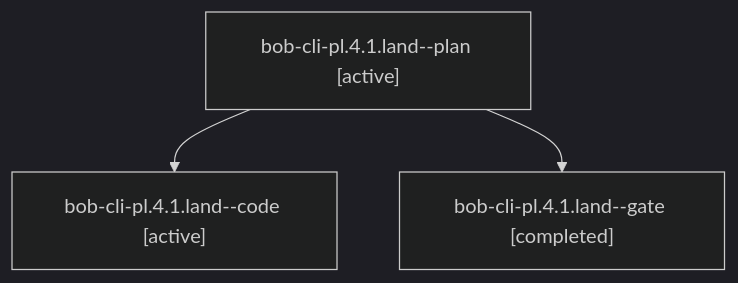
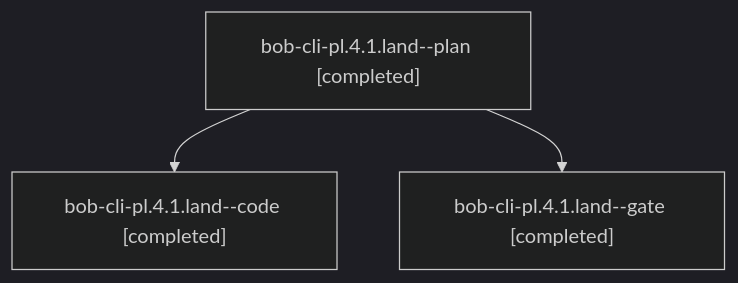
One commit to bobs-org/bob-cli--agents changed the diagram in sessions/bbugyi200.apollo.bob-cli-pl.4.1.land.md. Above: the diagram before and after it, drawn with Mermaid (dark theme). The commit also changed other lines of this file and 62 other files, not shown here.

````diff
--- a/sessions/bbugyi200.apollo.bob-cli-pl.4.1.land.md
+++ b/sessions/bbugyi200.apollo.bob-cli-pl.4.1.land.md
@@ -9,8 +9,8 @@
 ```mermaid
 flowchart TD
-  n0["bob-cli-pl.4.1.land--plan [active]"]
-  n1["bob-cli-pl.4.1.land--code [active]"]
+  n0["bob-cli-pl.4.1.land--plan [completed]"]
+  n1["bob-cli-pl.4.1.land--code [completed]"]
   n0 --> n1
   n2["bob-cli-pl.4.1.land--gate [completed]"]
   n0 --> n2
 ```
````
